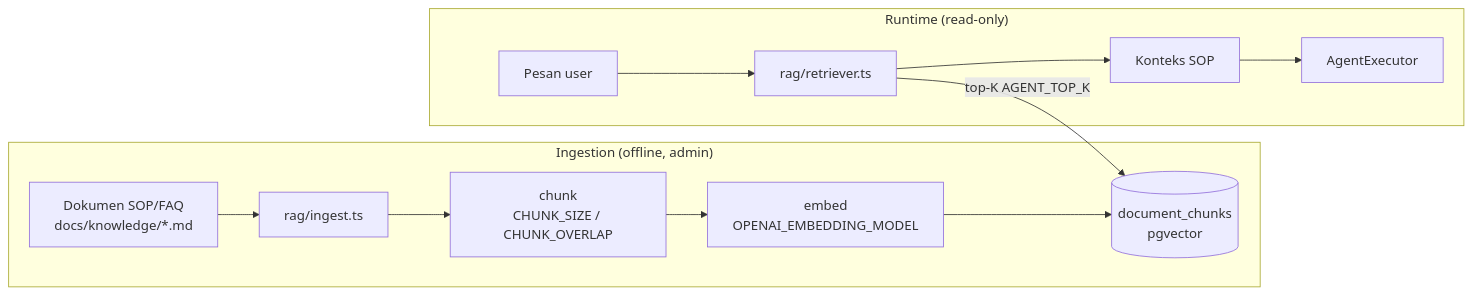
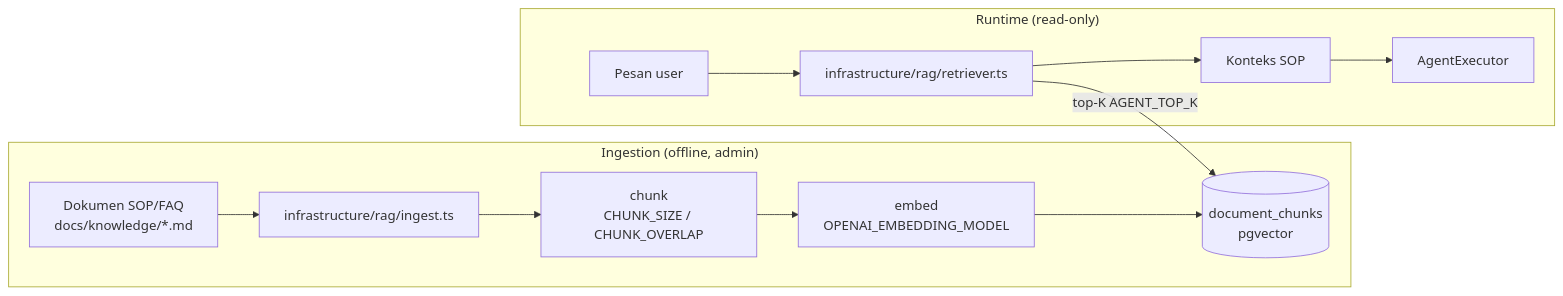
One commit to EkaBachrudin/ims changed the fourth of 8 diagrams in docs/TECHNICAL.md. Above: the diagram before and after it, drawn with Mermaid. The commit also changed other lines of this file and 125 other files, not shown here.

Commit message:
refactor(arch): apply layered architecture to backend & ai-agent, align docs

````diff
--- a/docs/TECHNICAL.md
+++ b/docs/TECHNICAL.md
@@ -1138,15 +1204,15 @@
 ```mermaid
 flowchart LR
     subgraph Offline["Ingestion (offline, admin)"]
-        DOC[Dokumen SOP/FAQ<br/>docs/knowledge/*.md] --> ING[rag/ingest.ts]
+        DOC[Dokumen SOP/FAQ<br/>docs/knowledge/*.md] --> ING[infrastructure/rag/ingest.ts]
         ING --> CH[chunk<br/>CHUNK_SIZE / CHUNK_OVERLAP]
         CH --> EMB[embed<br/>OPENAI_EMBEDDING_MODEL]
         EMB --> VDB[(document_chunks<br/>pgvector)]
     end
     subgraph Runtime["Runtime (read-only)"]
-        Q[Pesan user] --> RET[rag/retriever.ts]
+        Q[Pesan user] --> RET[infrastructure/rag/retriever.ts]
         RET -->|top-K AGENT_TOP_K| VDB
         RET --> CTX[Konteks SOP]
         CTX --> AG[AgentExecutor]
     end
 ```
````
